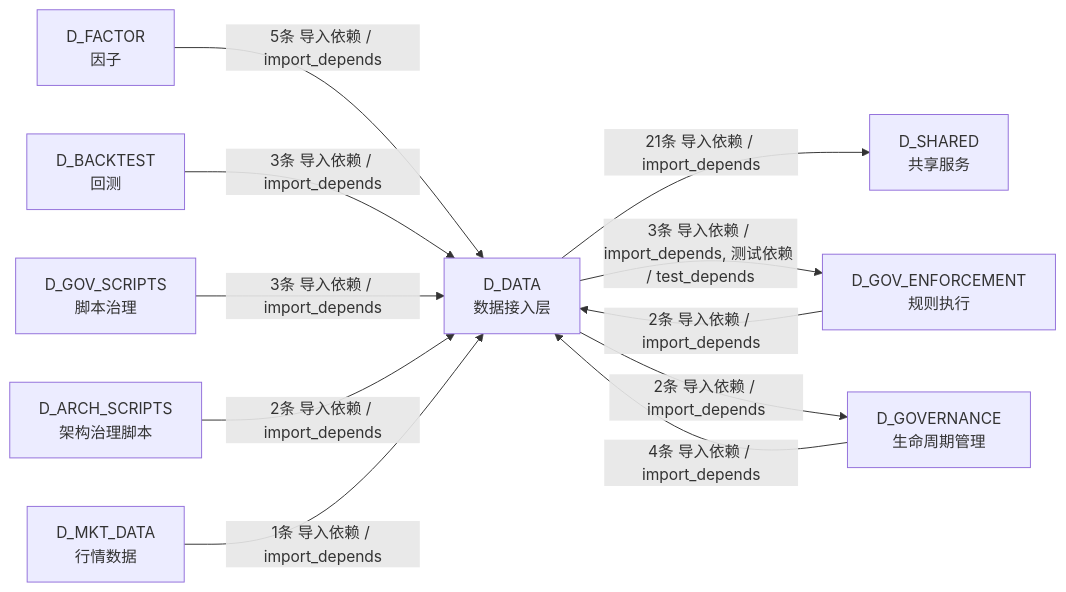
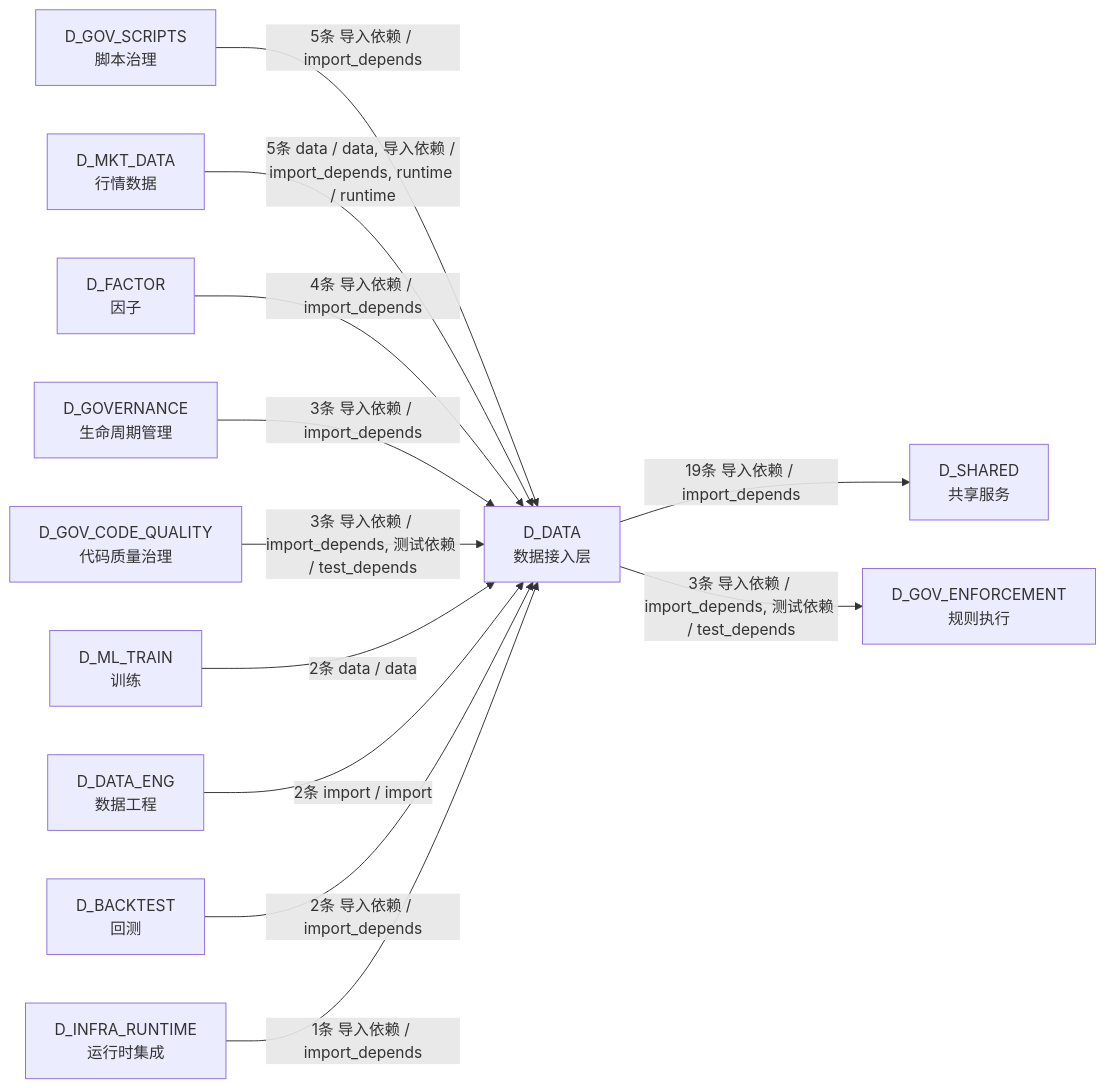
One commit to xuanFelixVan/ZephyrAlpha changed the ninth of 9 diagrams in docs/02_enterprise_architecture/02_domain_architecture_docs/11_d_data.md. Above: the diagram before and after it, drawn with Mermaid. The commit also changed other lines of this file and 79 other files, not shown here.

````diff
--- a/docs/02_enterprise_architecture/02_domain_architecture_docs/11_d_data.md
+++ b/docs/02_enterprise_architecture/02_domain_architecture_docs/11_d_data.md
@@ -931,22 +1198,26 @@
 ```mermaid
 graph LR
     D_DATA["D_DATA<br/>数据接入层"]
     D_SHARED["D_SHARED<br/>共享服务"]
     D_GOV_ENFORCEMENT["D_GOV_ENFORCEMENT<br/>规则执行"]
+    D_GOV_SCRIPTS["D_GOV_SCRIPTS<br/>脚本治理"]
+    D_MKT_DATA["D_MKT_DATA<br/>行情数据"]
+    D_FACTOR["D_FACTOR<br/>因子"]
     D_GOVERNANCE["D_GOVERNANCE<br/>生命周期管理"]
-    D_FACTOR["D_FACTOR<br/>因子"]
+    D_GOV_CODE_QUALITY["D_GOV_CODE_QUALITY<br/>代码质量治理"]
+    D_ML_TRAIN["D_ML_TRAIN<br/>训练"]
+    D_DATA_ENG["D_DATA_ENG<br/>数据工程"]
     D_BACKTEST["D_BACKTEST<br/>回测"]
-    D_GOV_SCRIPTS["D_GOV_SCRIPTS<br/>脚本治理"]
-    D_ARCH_SCRIPTS["D_ARCH_SCRIPTS<br/>架构治理脚本"]
-    D_MKT_DATA["D_MKT_DATA<br/>行情数据"]
-    D_DATA -->|21条 导入依赖 / import_depends| D_SHARED
+    D_INFRA_RUNTIME["D_INFRA_RUNTIME<br/>运行时集成"]
+    D_DATA -->|19条 导入依赖 / import_depends| D_SHARED
     D_DATA -->|3条 导入依赖 / import_depends, 测试依赖 / test_depends| D_GOV_ENFORCEMENT
-    D_DATA -->|2条 导入依赖 / import_depends| D_GOVERNANCE
-    D_FACTOR -->|5条 导入依赖 / import_depends| D_DATA
-    D_GOVERNANCE -->|4条 导入依赖 / import_depends| D_DATA
-    D_BACKTEST -->|3条 导入依赖 / import_depends| D_DATA
-    D_GOV_SCRIPTS -->|3条 导入依赖 / import_depends| D_DATA
-    D_ARCH_SCRIPTS -->|2条 导入依赖 / import_depends| D_DATA
-    D_GOV_ENFORCEMENT -->|2条 导入依赖 / import_depends| D_DATA
-    D_MKT_DATA -->|1条 导入依赖 / import_depends| D_DATA
+    D_GOV_SCRIPTS -->|5条 导入依赖 / import_depends| D_DATA
+    D_MKT_DATA -->|5条 data / data, 导入依赖 / import_depends, runtime / runtime| D_DATA
+    D_FACTOR -->|4条 导入依赖 / import_depends| D_DATA
+    D_GOVERNANCE -->|3条 导入依赖 / import_depends| D_DATA
+    D_GOV_CODE_QUALITY -->|3条 导入依赖 / import_depends, 测试依赖 / test_depends| D_DATA
+    D_ML_TRAIN -->|2条 data / data| D_DATA
+    D_DATA_ENG -->|2条 import / import| D_DATA
+    D_BACKTEST -->|2条 导入依赖 / import_depends| D_DATA
+    D_INFRA_RUNTIME -->|1条 导入依赖 / import_depends| D_DATA
 ```
````
